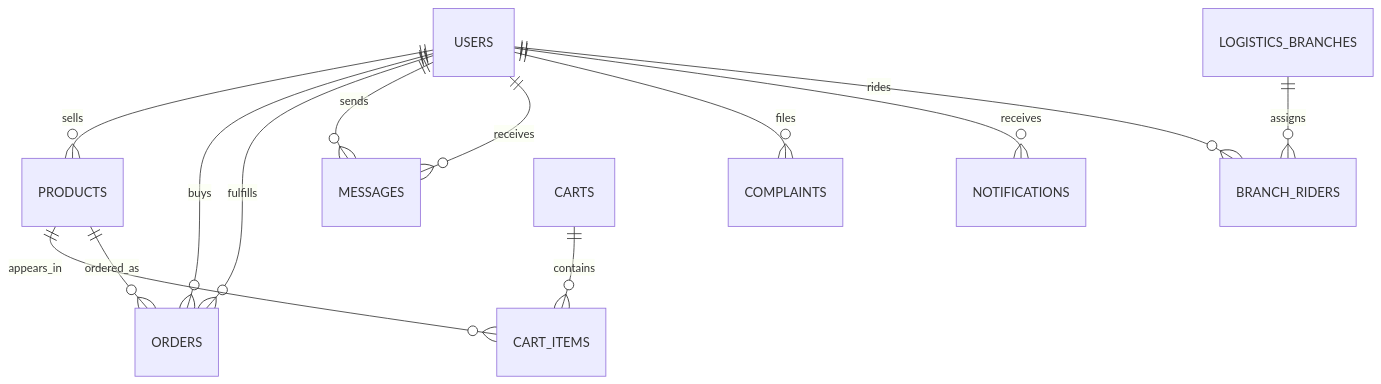
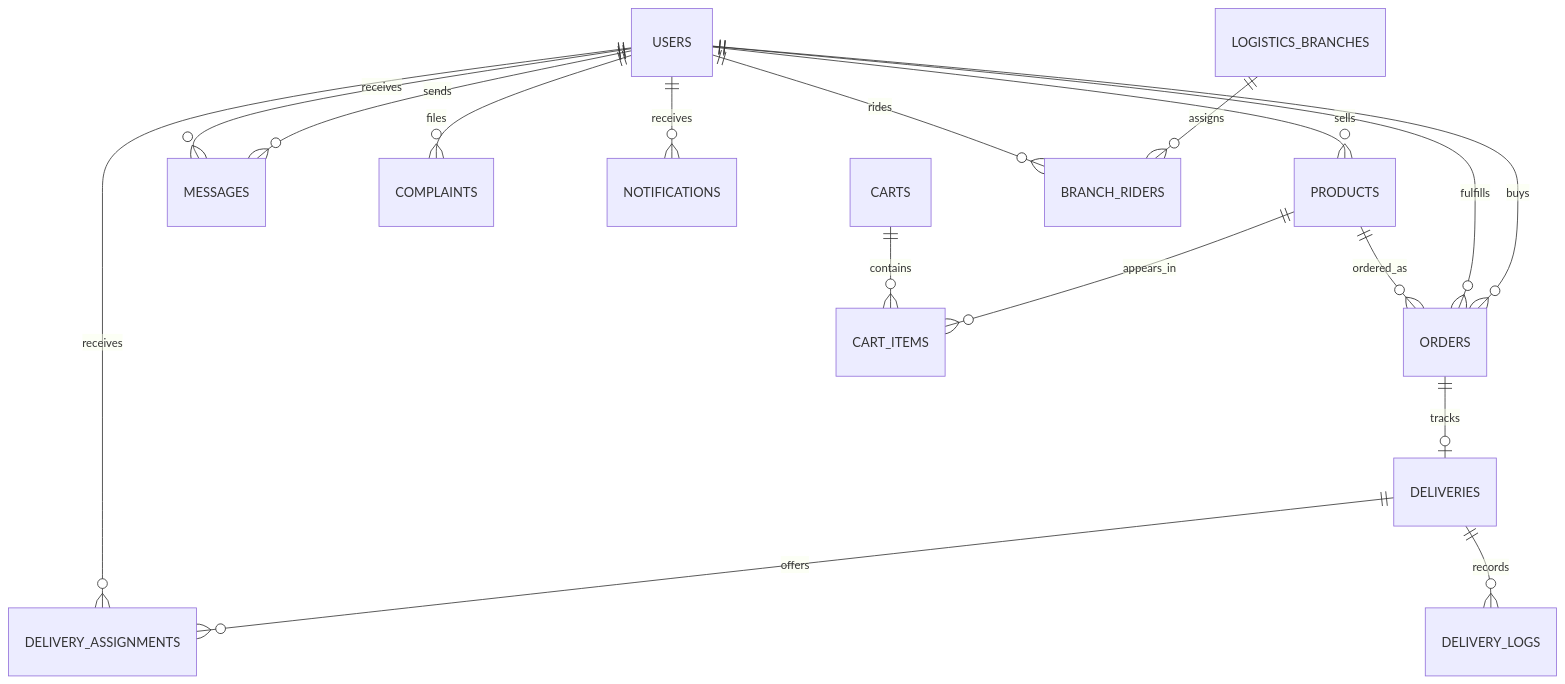
Before and after one commit to justinplantilla/PickSell: the second of 3 diagrams in docs/PLAN-02-backend-sections.md, drawn with Mermaid. The commit also changed other lines of this file and 86 other files, not shown here.

````diff
--- a/docs/PLAN-02-backend-sections.md
+++ b/docs/PLAN-02-backend-sections.md
@@ -77,15 +80,19 @@
 ```mermaid
 erDiagram
     USERS ||--o{ PRODUCTS : sells
     USERS ||--o{ ORDERS : buys
     USERS ||--o{ ORDERS : fulfills
     USERS ||--o{ MESSAGES : sends
     USERS ||--o{ MESSAGES : receives
     USERS ||--o{ COMPLAINTS : files
     USERS ||--o{ NOTIFICATIONS : receives
     PRODUCTS ||--o{ CART_ITEMS : appears_in
     CARTS ||--o{ CART_ITEMS : contains
     PRODUCTS ||--o{ ORDERS : ordered_as
+    ORDERS ||--o| DELIVERIES : tracks
+    DELIVERIES ||--o{ DELIVERY_ASSIGNMENTS : offers
+    DELIVERIES ||--o{ DELIVERY_LOGS : records
+    USERS ||--o{ DELIVERY_ASSIGNMENTS : receives
     LOGISTICS_BRANCHES ||--o{ BRANCH_RIDERS : assigns
     USERS ||--o{ BRANCH_RIDERS : rides
 ```
````
